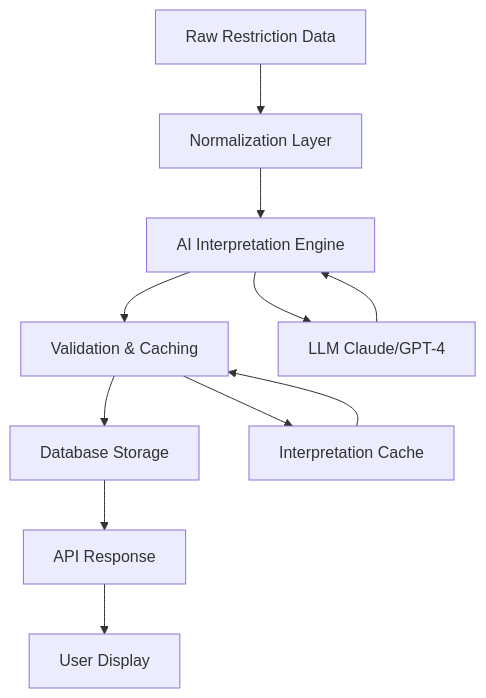
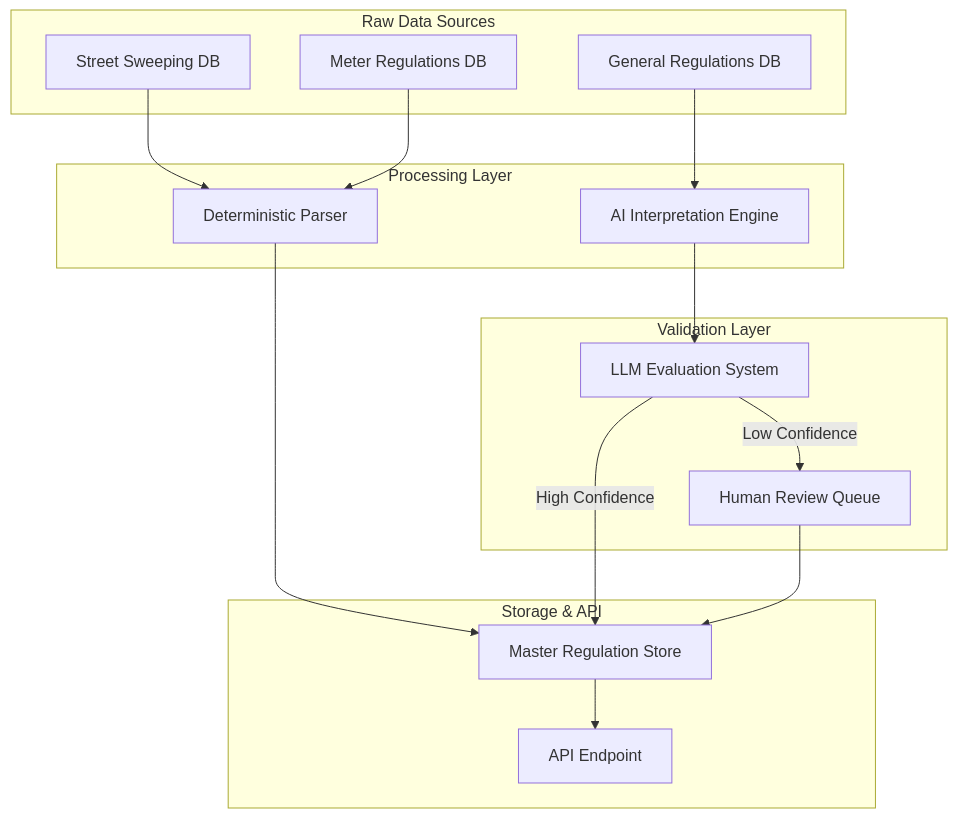
The diagram in backend/PARKING_REGULATION_INTERPRETATION_SYSTEM.md (farcire/curby), drawn with Mermaid before and after one commit. The commit also changed other lines of this file and 13 other files, not shown here.

First line of the commit message:
feat: Implement LLM evaluation strategy for parking regulation interpretation

````diff
--- a/backend/PARKING_REGULATION_INTERPRETATION_SYSTEM.md
+++ b/backend/PARKING_REGULATION_INTERPRETATION_SYSTEM.md
@@ -33,15 +32,35 @@
 ```mermaid
 graph TD
-    A[Raw Restriction Data] --> B[Normalization Layer]
-    B --> C[AI Interpretation Engine]
-    C --> D[Validation & Caching]
-    D --> E[Database Storage]
-    E --> F[API Response]
-    F --> G[User Display]
+    subgraph "Raw Data Sources"
+        A[Street Sweeping DB]
+        B[Meter Regulations DB]
+        C[General Regulations DB]
+    end
+
+    subgraph "Processing Layer"
+        D[Deterministic Parser]
+        E[AI Interpretation Engine]
+    end
+
+    subgraph "Validation Layer"
+        F[LLM Evaluation System]
+        G[Human Review Queue]
+    end
+
+    subgraph "Storage & API"
+        H[Master Regulation Store]
+        I[API Endpoint]
+    end
+
+    A --> D
+    B --> D
+    C --> E
     
-    C --> H[LLM Claude/GPT-4]
-    H --> C
+    D --> H
+    E --> F
+    F -- "High Confidence" --> H
+    F -- "Low Confidence" --> G
+    G --> H
     
-    D --> I[Interpretation Cache]
-    I --> D
+    H --> I
 ```
````
